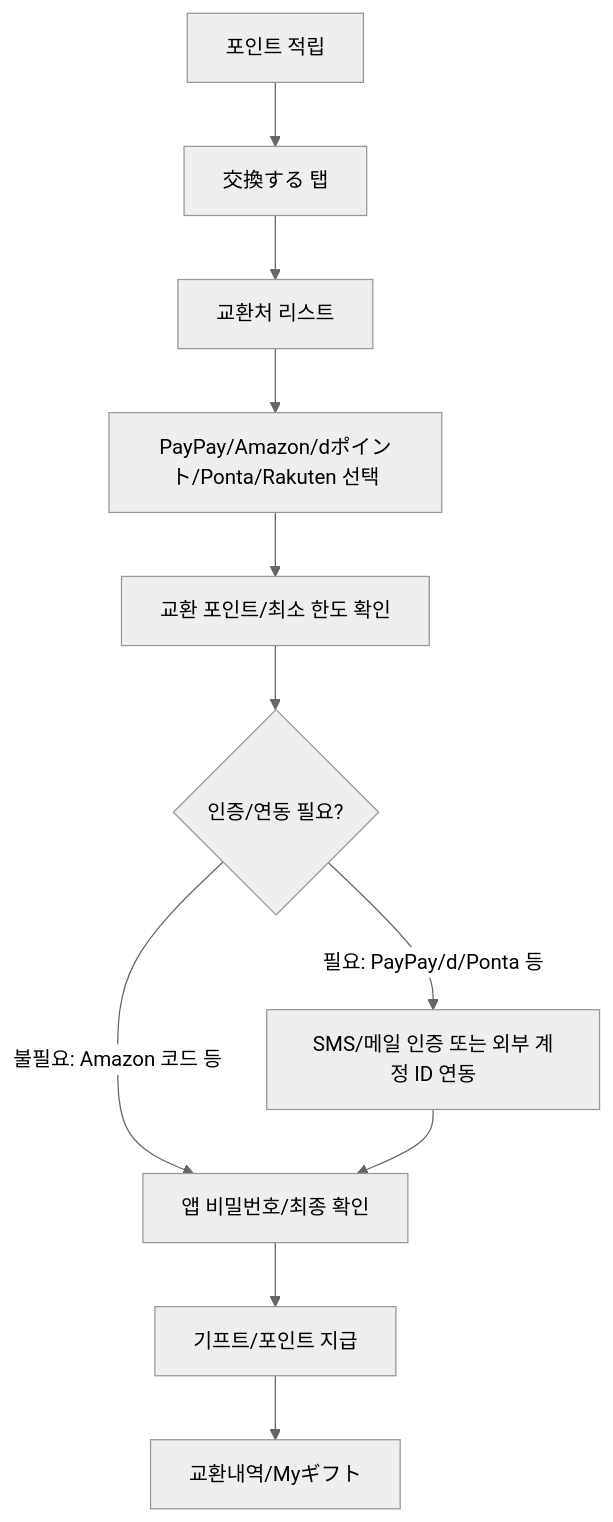
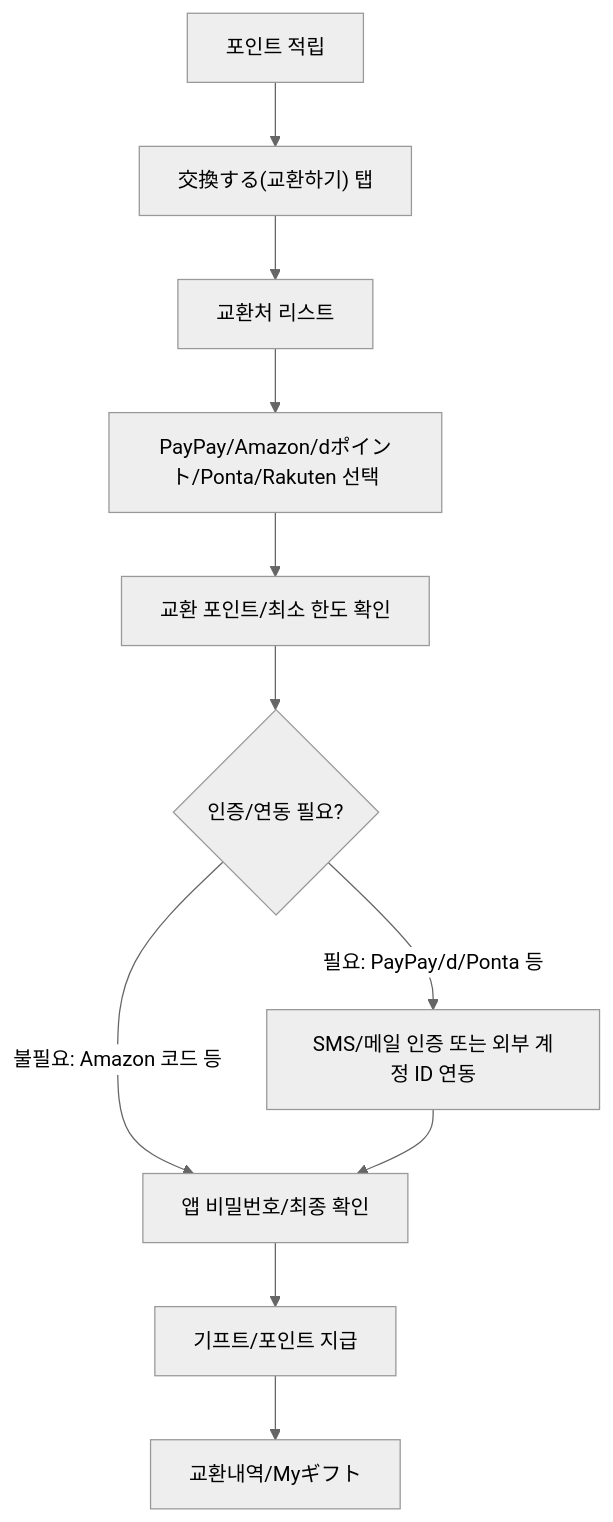
The ninth of 11 diagrams in reports/japan-apptech-reward-bank-benchmark-report.md (dongwonlee222/golden-goose-report), drawn with Mermaid (neutral theme) before and after one commit. The commit also changed other lines of this file and 1 other file, not shown here.

````diff
--- a/reports/japan-apptech-reward-bank-benchmark-report.md
+++ b/reports/japan-apptech-reward-bank-benchmark-report.md
@@ -279,13 +279,13 @@
 ```mermaid
 flowchart TD
-  A["포인트 적립"] --> B["交換する 탭"]
+  A["포인트 적립"] --> B["交換する(교환하기) 탭"]
   B --> C["교환처 리스트"]
   C --> D["PayPay/Amazon/dポイント/Ponta/Rakuten 선택"]
   D --> E["교환 포인트/최소 한도 확인"]
   E --> F{"인증/연동 필요?"}
   F -- "불필요: Amazon 코드 등" --> G["앱 비밀번호/최종 확인"]
   F -- "필요: PayPay/d/Ponta 등" --> H["SMS/메일 인증 또는 외부 계정 ID 연동"]
   H --> G
   G --> I["기프트/포인트 지급"]
   I --> J["교환내역/Myギフト"]
 ```
````
